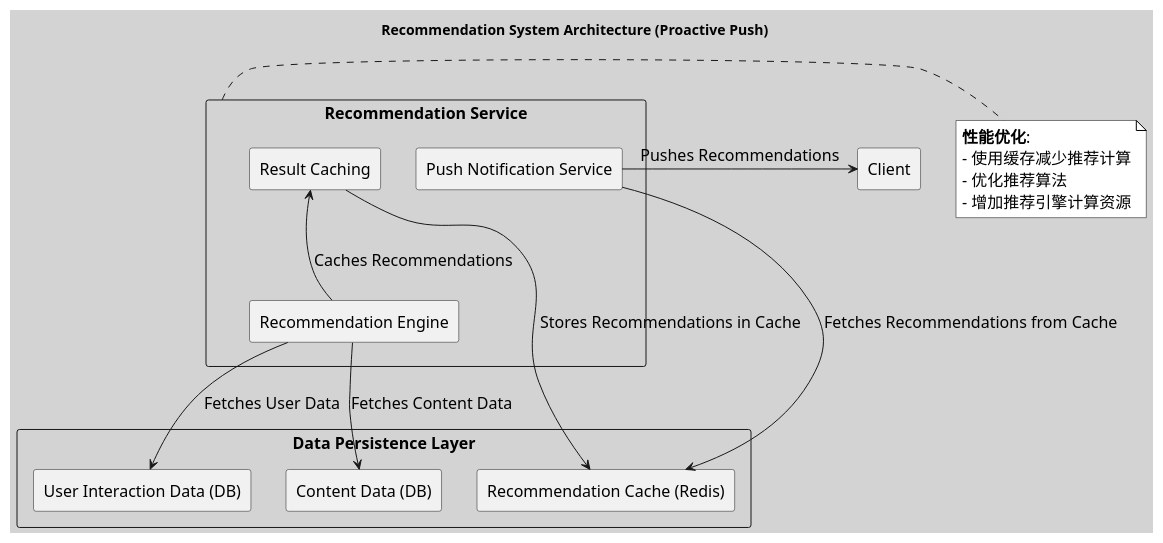
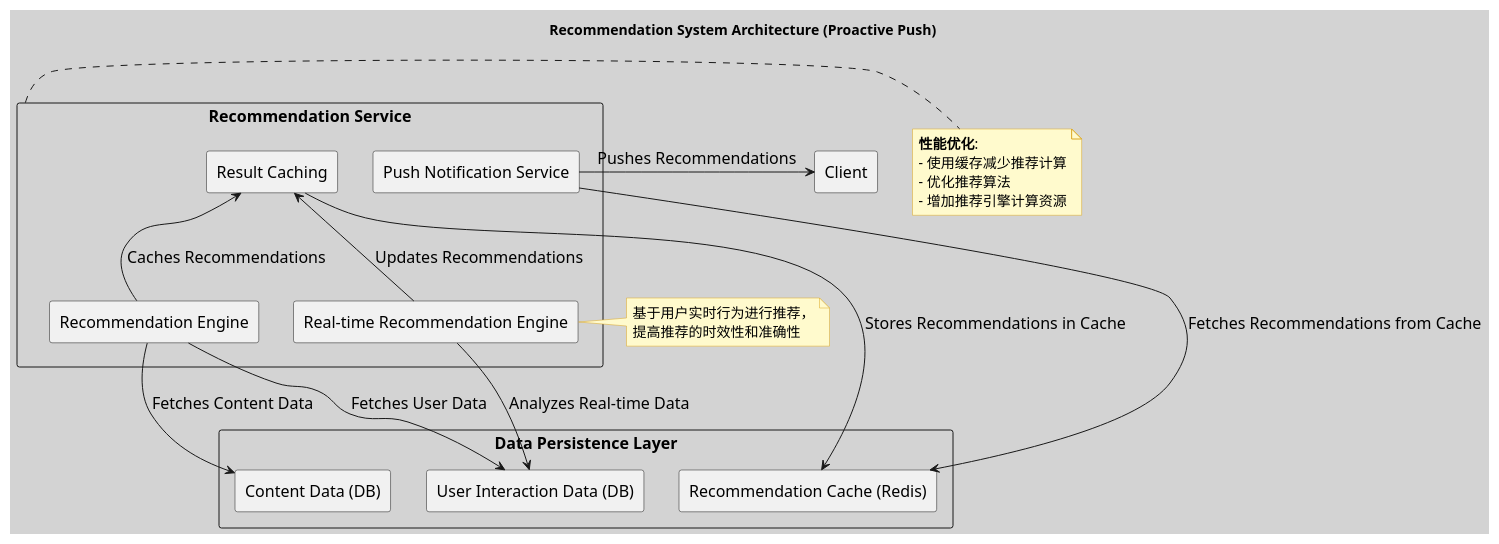
One commit to huangyingw/system_design changed the diagram in twitter/twitter_recommendation_system.puml. Above: the diagram before and after it, drawn with PlantUML.

```diff
--- a/twitter/twitter_recommendation_system.puml
+++ b/twitter/twitter_recommendation_system.puml
@@ -1,43 +1,52 @@
 @startuml
 
 skinparam backgroundColor #D3D3D3
 skinparam defaultFontName "Arial"
 skinparam defaultFontSize 16
 skinparam note {
-    BackgroundColor #FFFFFF
-    BorderColor #000000
-    FontSize 16
+    BackgroundColor #FFFACD
+    BorderColor #DAA520
+    FontSize 14
     FontName "Arial"
 }
 
 title Recommendation System Architecture (Proactive Push)
 
 rectangle "Client" as Client
 
 rectangle "Recommendation Service" as RS {
     rectangle "Recommendation Engine" as RE
     rectangle "Result Caching" as RC
     rectangle "Push Notification Service" as PNS
+    rectangle "Real-time Recommendation Engine" as RRE
 }
 
 rectangle "Data Persistence Layer" as DPS {
     rectangle "User Interaction Data (DB)" as UID
     rectangle "Content Data (DB)" as CD
     rectangle "Recommendation Cache (Redis)" as RCache
 }
 
 RE -down-> UID : Fetches User Data
 RE -down-> CD : Fetches Content Data
 RE -up-> RC : Caches Recommendations
 RC -down-> RCache : Stores Recommendations in Cache
 PNS -down-> RCache : Fetches Recommendations from Cache
 PNS -right-> Client : Pushes Recommendations
+RRE -[hidden]right-> RE
+RRE -down-> UID : Analyzes Real-time Data
+RRE -up-> RC : Updates Recommendations
 
 note right of RS
   **性能优化**:
   - 使用缓存减少推荐计算
   - 优化推荐算法
   - 增加推荐引擎计算资源
 end note
 
+note right of RRE
+  基于用户实时行为进行推荐，
+  提高推荐的时效性和准确性
+end note
+
 @enduml
```
